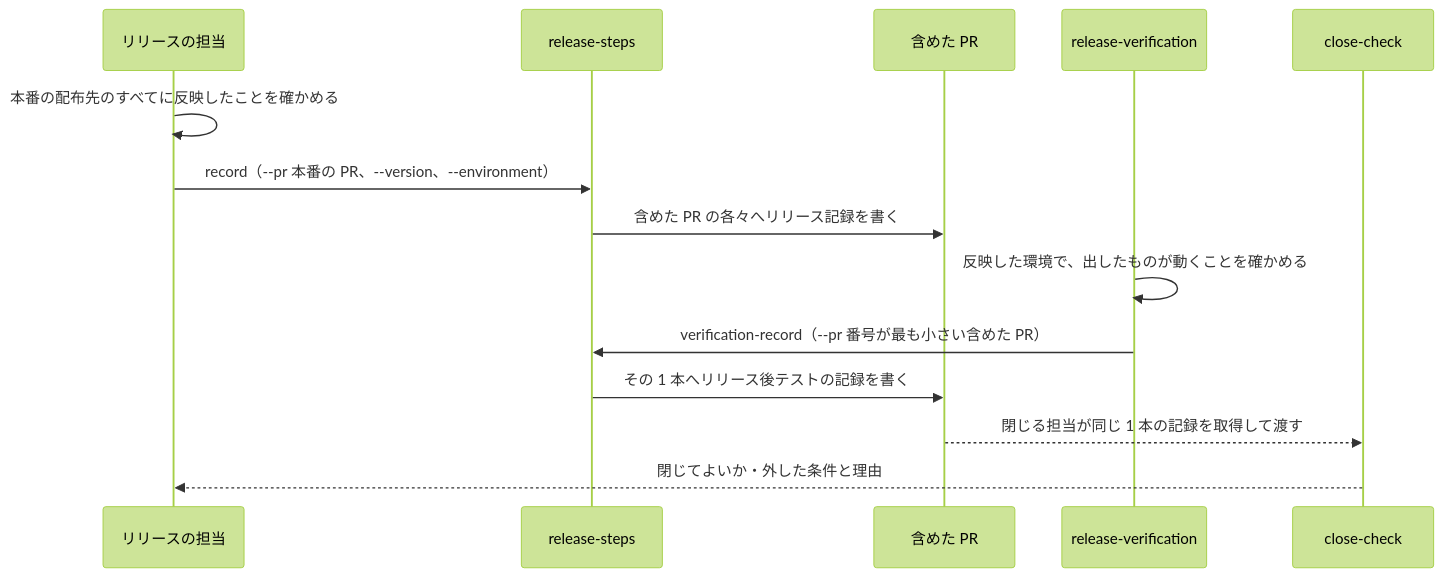
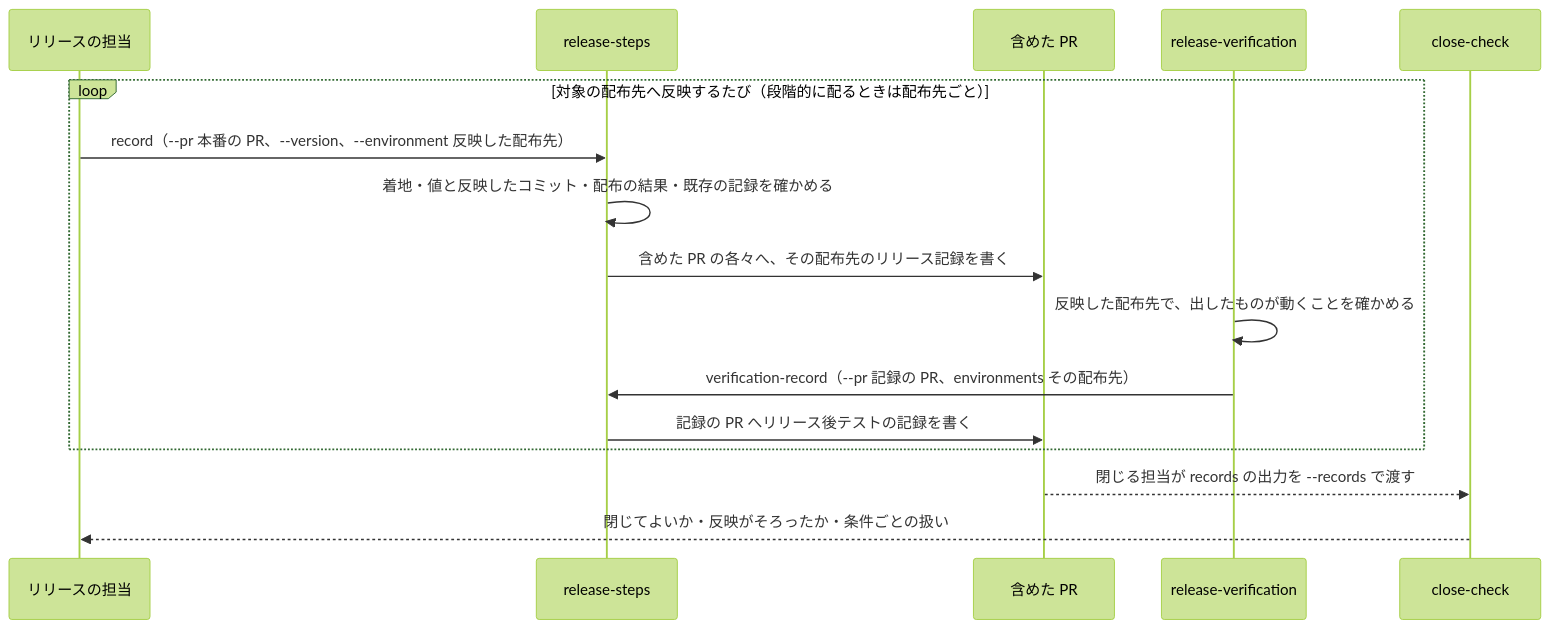
The third of 3 diagrams in issues/issue-4580-design.md (devbasex/ai-plugins), drawn with Mermaid (forest theme) before and after one commit. The commit also changed other lines of this file and 1 other file, not shown here.

````diff
--- a/issues/issue-4580-design.md
+++ b/issues/issue-4580-design.md
@@ -247,16 +304,18 @@
 ```mermaid
 sequenceDiagram
   participant R as リリースの担当
   participant S as release-steps
   participant G as 含めた PR
   participant V as release-verification
   participant C as close-check
-  R->>R: 本番の配布先のすべてに反映したことを確かめる
-  R->>S: record（--pr 本番の PR、--version、--environment）
-  S->>G: 含めた PR の各々へリリース記録を書く
-  V->>V: 反映した環境で、出したものが動くことを確かめる
-  V->>S: verification-record（--pr 番号が最も小さい含めた PR）
-  S->>G: その 1 本へリリース後テストの記録を書く
-  G-->>C: 閉じる担当が同じ 1 本の記録を取得して渡す
-  C-->>R: 閉じてよいか・外した条件と理由
+  loop 対象の配布先へ反映するたび（段階的に配るときは配布先ごと）
+    R->>S: record（--pr 本番の PR、--version、--environment 反映した配布先）
+    S->>S: 着地・値と反映したコミット・配布の結果・既存の記録を確かめる
+    S->>G: 含めた PR の各々へ、その配布先のリリース記録を書く
+    V->>V: 反映した配布先で、出したものが動くことを確かめる
+    V->>S: verification-record（--pr 記録の PR、environments その配布先）
+    S->>G: 記録の PR へリリース後テストの記録を書く
+  end
+  G-->>C: 閉じる担当が records の出力を --records で渡す
+  C-->>R: 閉じてよいか・反映がそろったか・条件ごとの扱い
 ```
````
